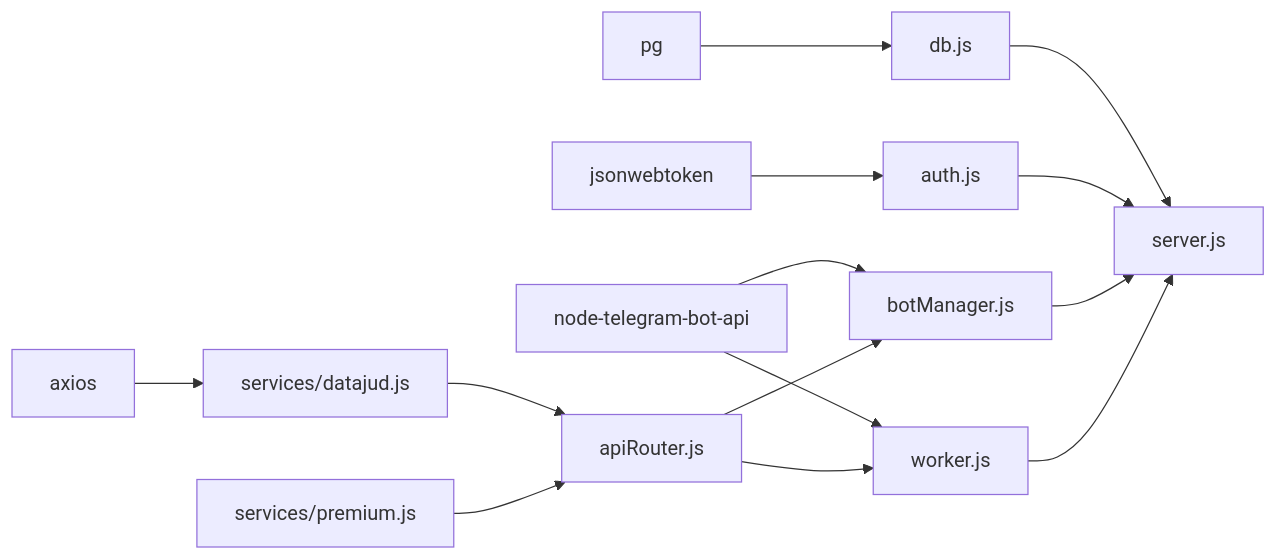
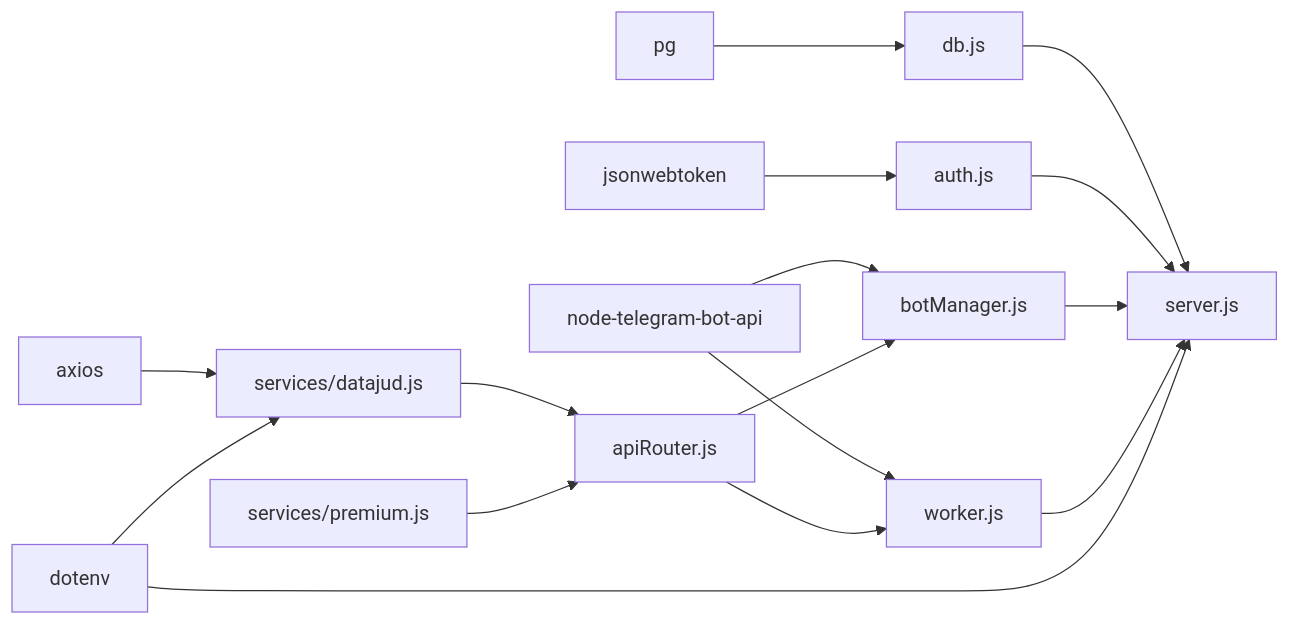
The fifth of 5 diagrams in .qoder/repowiki/en/content/API Integration Layer/DataJud Free Service Integration.md (Alexandrexicara/bot-processos), drawn with Mermaid before and after one commit. The commit also changed other lines of this file and 10 other files, not shown here.

````diff
--- a/.qoder/repowiki/en/content/API Integration Layer/DataJud Free Service Integration.md
+++ b/.qoder/repowiki/en/content/API Integration Layer/DataJud Free Service Integration.md
@@ -251,16 +306,18 @@
 ```mermaid
 graph LR
 AX["axios"] --> D["services/datajud.js"]
 PG["pg"] --> DB["db.js"]
 JWT["jsonwebtoken"] --> A["auth.js"]
 TG["node-telegram-bot-api"] --> BM["botManager.js"]
 TG --> W["worker.js"]
 D --> R["apiRouter.js"]
 P["services/premium.js"] --> R
 R --> BM
 R --> W
 DB --> S["server.js"]
 A --> S
 BM --> S
 W --> S
+ENV["dotenv"] --> D
+ENV --> S
 ```
````
